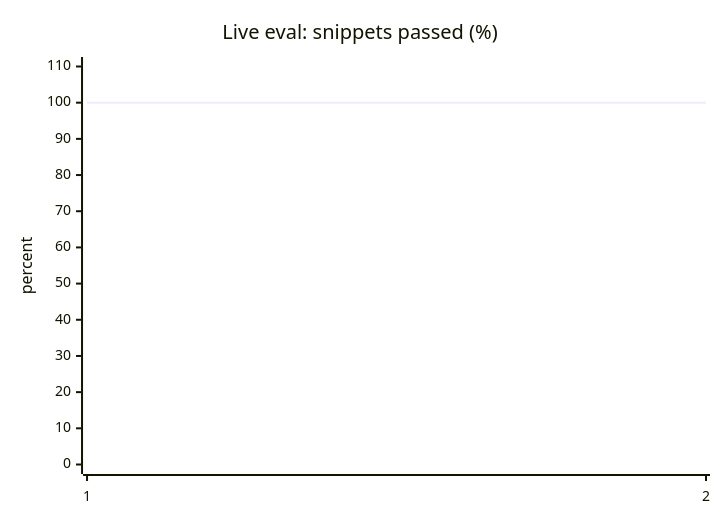
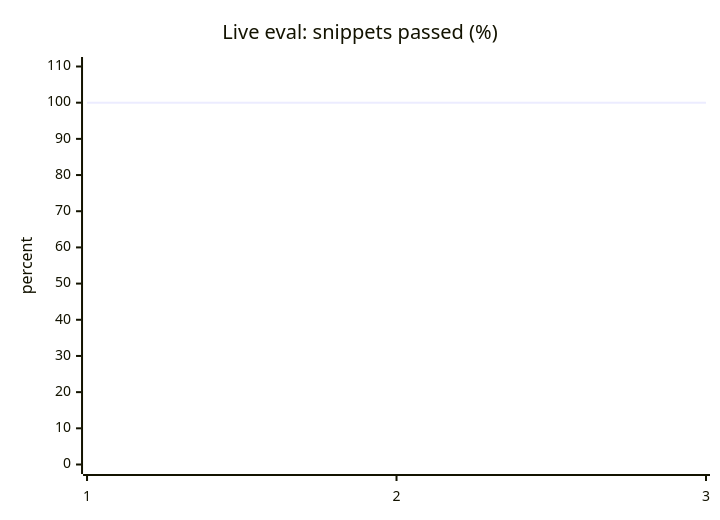
Before and after one commit to subhiandrews/codecheck: the diagram in docs/eval-history.md, drawn with Mermaid. The commit also changed other lines of this file and 1 other file, not shown here.

Commit message:
docs: record live eval for the security reviewer data-flow change

````diff
--- a/docs/eval-history.md
+++ b/docs/eval-history.md
@@ -13,7 +13,7 @@
 ```mermaid
 xychart-beta
     title "Live eval: snippets passed (%)"
-    x-axis [1, 2]
+    x-axis [1, 2, 3]
     y-axis "percent" 0 --> 110
-    line [100, 100]
+    line [100, 100, 100]
 ```
````
